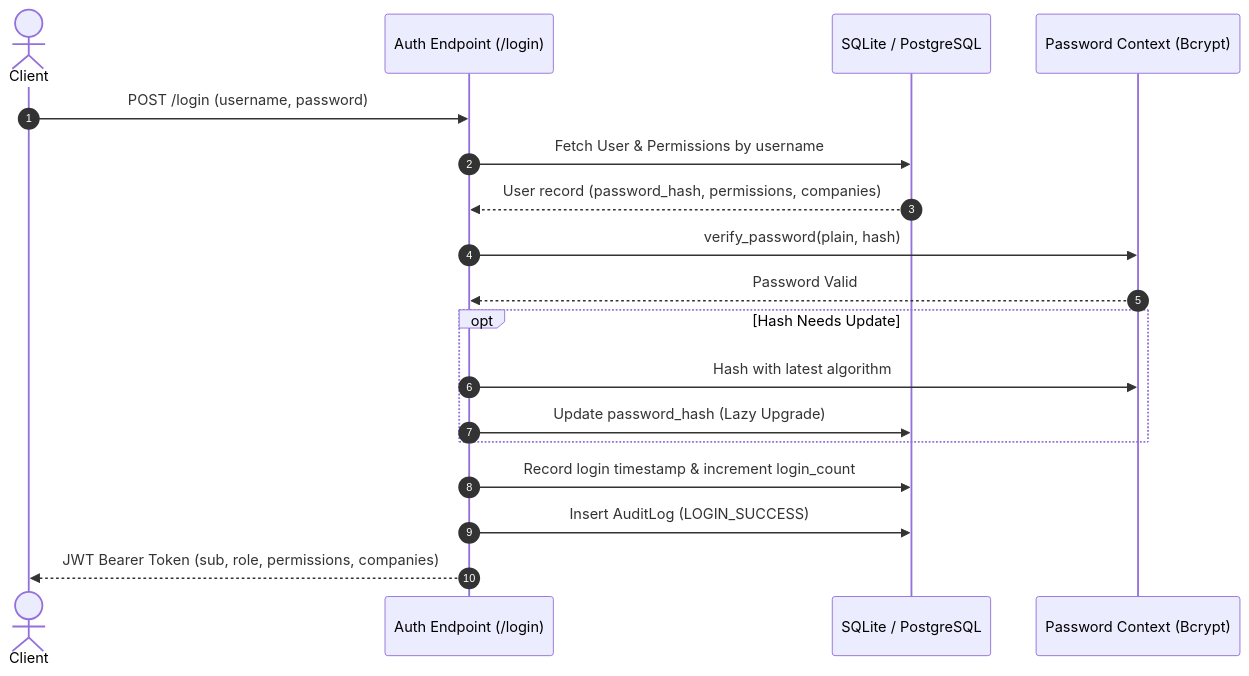
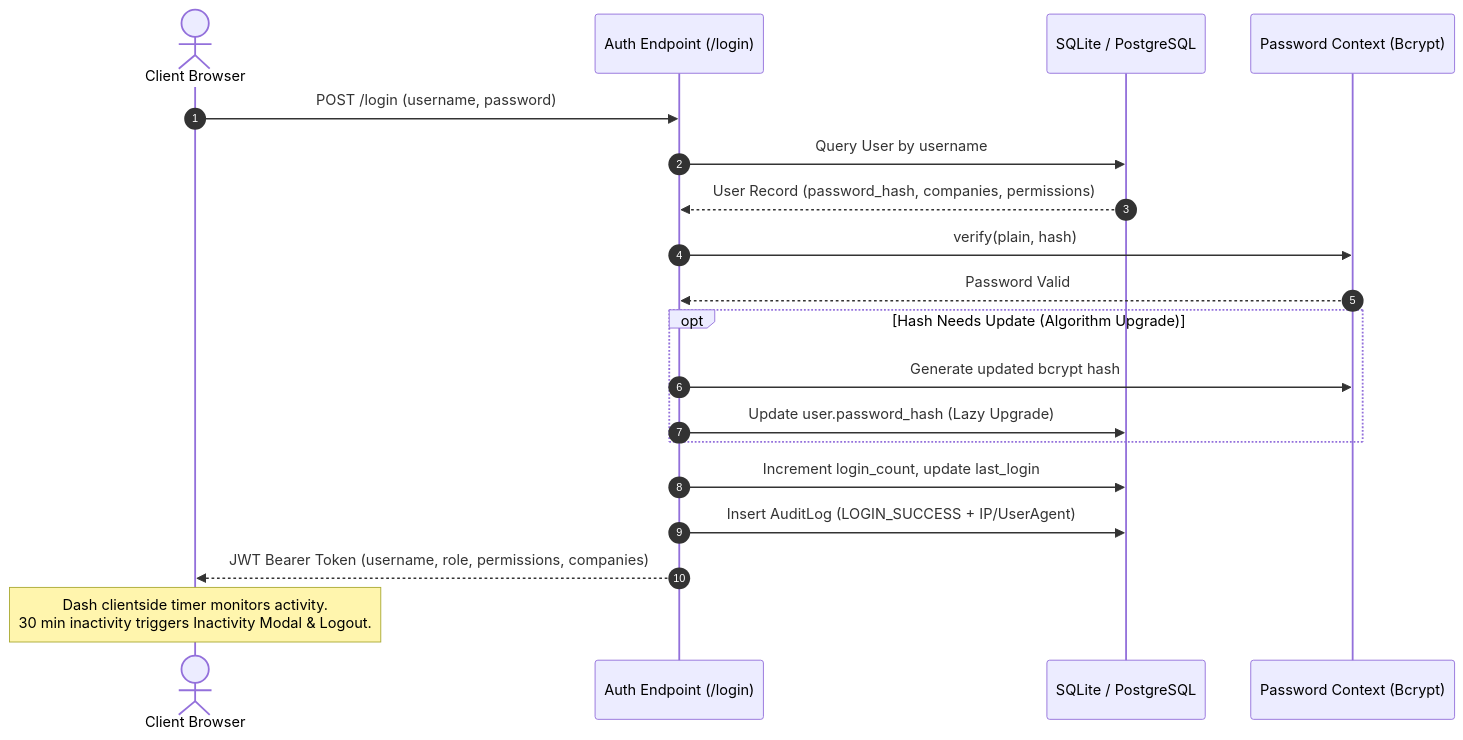
The sixth of 7 diagrams in ARCHITECTURE.md (IDKHowToCodeFR/uidai-dashboard), drawn with Mermaid before and after one commit. The commit also changed other lines of this file and 7 other files, not shown here.

````diff
--- a/ARCHITECTURE.md
+++ b/ARCHITECTURE.md
@@ -191,21 +249,22 @@
 ```mermaid
 sequenceDiagram
     autonumber
-    actor User as Client
+    actor User as Client Browser
     participant Auth as Auth Endpoint (/login)
     participant DB as SQLite / PostgreSQL
     participant Crypt as Password Context (Bcrypt)
 
     User->>Auth: POST /login (username, password)
-    Auth->>DB: Fetch User & Permissions by username
-    DB-->>Auth: User record (password_hash, permissions, companies)
-    Auth->>Crypt: verify_password(plain, hash)
+    Auth->>DB: Query User by username
+    DB-->>Auth: User Record (password_hash, companies, permissions)
+    Auth->>Crypt: verify(plain, hash)
     Crypt-->>Auth: Password Valid
-    opt Hash Needs Update
-        Auth->>Crypt: Hash with latest algorithm
-        Auth->>DB: Update password_hash (Lazy Upgrade)
+    opt Hash Needs Update (Algorithm Upgrade)
+        Auth->>Crypt: Generate updated bcrypt hash
+        Auth->>DB: Update user.password_hash (Lazy Upgrade)
     end
-    Auth->>DB: Record login timestamp & increment login_count
-    Auth->>DB: Insert AuditLog (LOGIN_SUCCESS)
-    Auth-->>User: JWT Bearer Token (sub, role, permissions, companies)
+    Auth->>DB: Increment login_count, update last_login
+    Auth->>DB: Insert AuditLog (LOGIN_SUCCESS + IP/UserAgent)
+    Auth-->>User: JWT Bearer Token (username, role, permissions, companies)
+    Note over User: Dash clientside timer monitors activity.<br/>30 min inactivity triggers Inactivity Modal & Logout.
 ```
````
